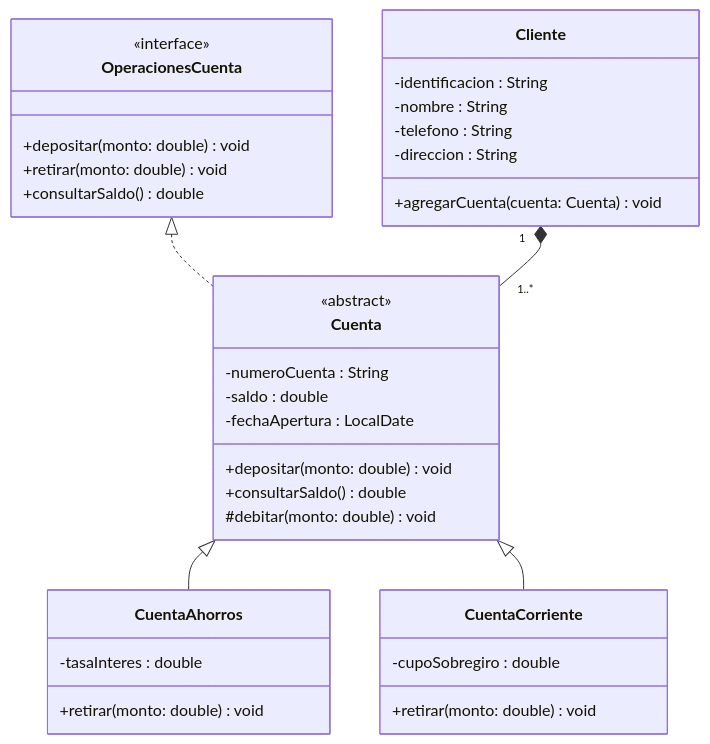
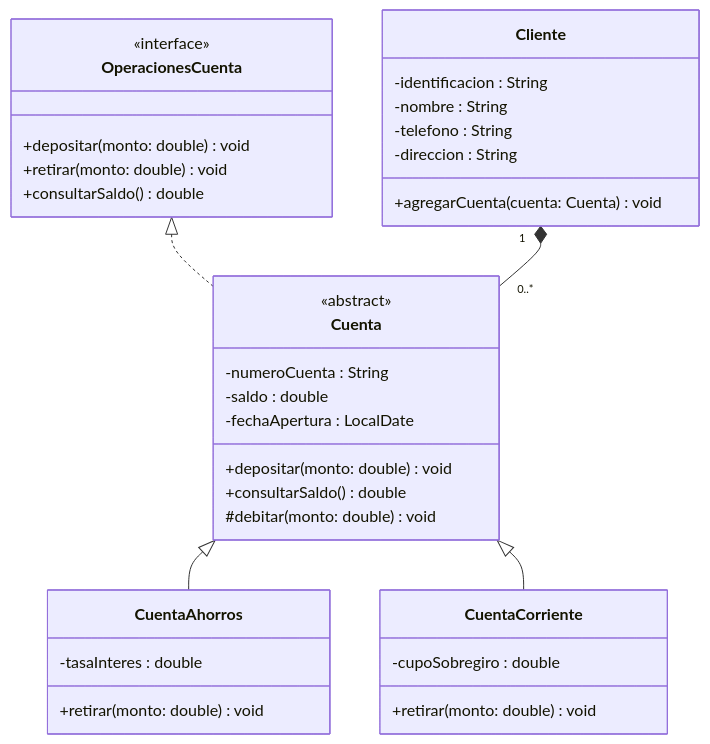
Before and after one commit to santiagoSuarez219/nodo-edu: the second of 3 diagrams in content/cursos/estructuras-de-datos/diseno-con-tad-y-orientacion-a-objetos.mdx, drawn with Mermaid. The commit also changed other lines of this file and 6 other files, not shown here.

````diff
--- a/content/cursos/estructuras-de-datos/diseno-con-tad-y-orientacion-a-objetos.mdx
+++ b/content/cursos/estructuras-de-datos/diseno-con-tad-y-orientacion-a-objetos.mdx
@@ -81,37 +81,37 @@
 ```mermaid
 classDiagram
   class OperacionesCuenta {
     <<interface>>
     +depositar(monto: double) void
     +retirar(monto: double) void
     +consultarSaldo() double
   }
   class Cuenta {
     <<abstract>>
     -numeroCuenta : String
     -saldo : double
     -fechaApertura : LocalDate
     +depositar(monto: double) void
     +consultarSaldo() double
     #debitar(monto: double) void
   }
   class CuentaAhorros {
     -tasaInteres : double
     +retirar(monto: double) void
   }
   class CuentaCorriente {
     -cupoSobregiro : double
     +retirar(monto: double) void
   }
   class Cliente {
     -identificacion : String
     -nombre : String
     -telefono : String
     -direccion : String
     +agregarCuenta(cuenta: Cuenta) void
   }
   OperacionesCuenta <|.. Cuenta
   Cuenta <|-- CuentaAhorros
   Cuenta <|-- CuentaCorriente
-  Cliente "1" *-- "1..*" Cuenta
+  Cliente "1" *-- "0..*" Cuenta
 ```
````
